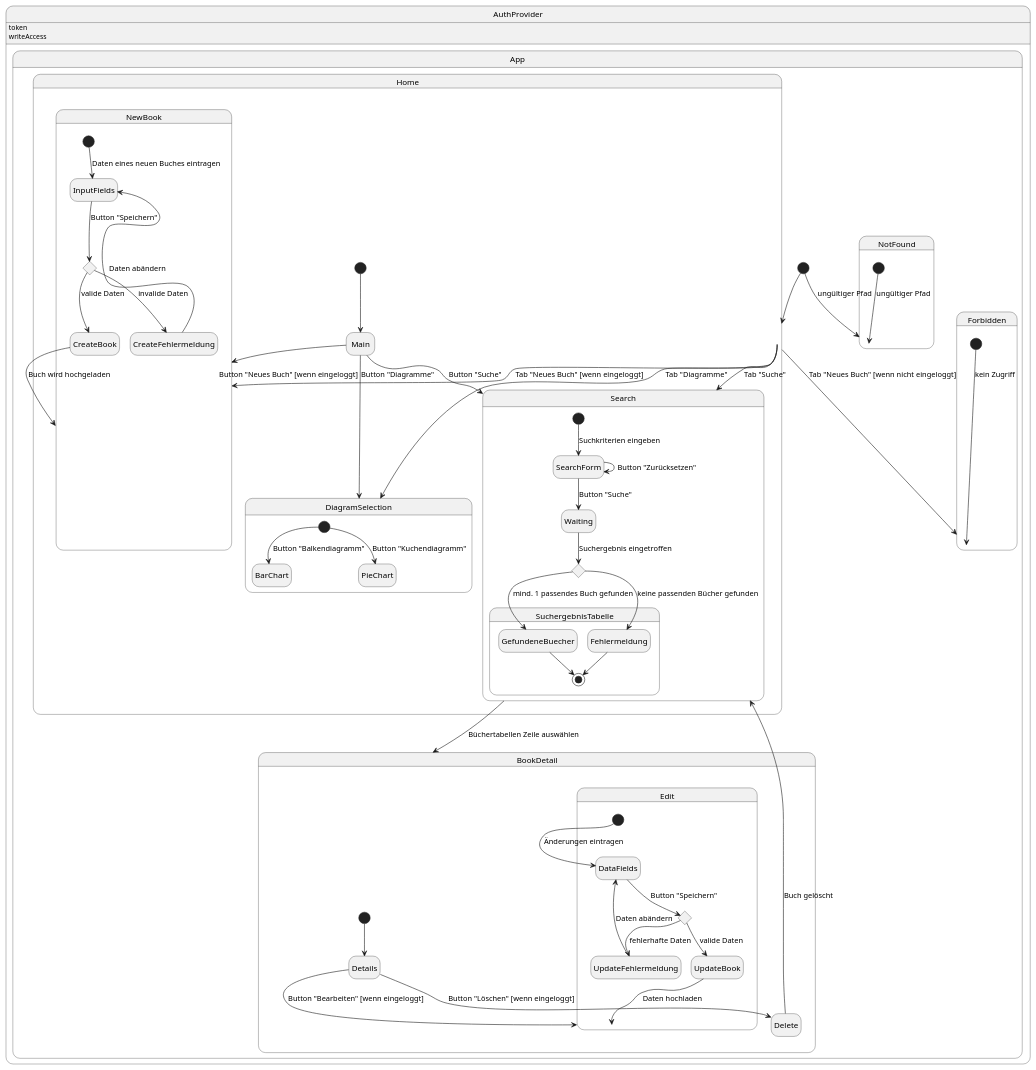
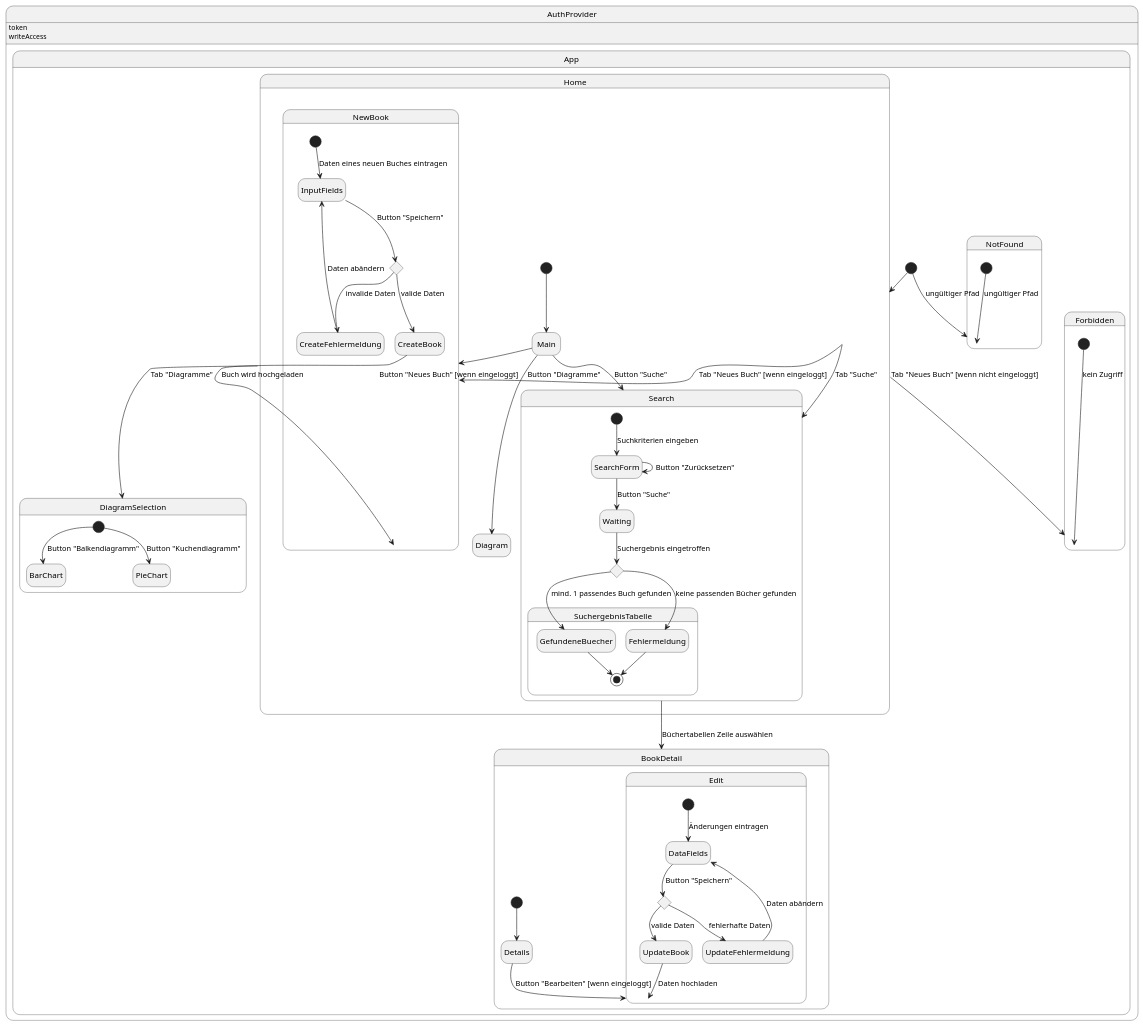
The diagram in .extras/doc/zustandsdiagramm.plantuml (marius-a-mueller/buchweb), drawn with PlantUML before and after one commit.

Commit message:
StateDiagram

```diff
--- a/.extras/doc/zustandsdiagramm.plantuml
+++ b/.extras/doc/zustandsdiagramm.plantuml
@@ -1,87 +1,85 @@
 @startuml Zustandsdiagramm
 ' Preview durch <Alt>d
 
 hide empty description
 
 state AuthProvider {
   AuthProvider : token
   AuthProvider : writeAccess
 
   state App {
     [*] --> Home
 
     state Home {
       [*] --> Main
       Main -down-> Search : Button "Suche"
       Main -down-> NewBook : Button "Neues Buch" [wenn eingeloggt]
-      Main -down-> DiagramSelection : Button "Diagramme"
+      Main -down-> Diagram : Button "Diagramme"
     }
 
     state Search {
       [*] --> SearchForm: Suchkriterien eingeben
       SearchForm --> Waiting: Button "Suche"
       SearchForm --> SearchForm: Button "Zurücksetzen"
 
       state SearchChoice <<choice>>
       Waiting --> SearchChoice: Suchergebnis eingetroffen
 
       state SuchergebnisTabelle {
         SearchChoice --> GefundeneBuecher: mind. 1 passendes Buch gefunden
         SearchChoice --> Fehlermeldung: keine passenden Bücher gefunden
         Fehlermeldung --> [*]
         GefundeneBuecher --> [*]
       }
     }
 
     Search --> BookDetail: Büchertabellen Zeile auswählen
 
     state BookDetail {
       [*] --> Details
       Details --> Edit: Button "Bearbeiten" [wenn eingeloggt]
-      Details --> Delete: Button "Löschen" [wenn eingeloggt]
-      Delete --> Search: Buch gelöscht
     }
 
     state Edit {
       [*] --> DataFields: Änderungen eintragen
       state UpdateChoice <<choice>>
       DataFields --> UpdateChoice: Button "Speichern"
       UpdateChoice --> UpdateBook: valide Daten
       UpdateChoice --> UpdateFehlermeldung: fehlerhafte Daten
       UpdateBook --> Edit: Daten hochladen
       UpdateFehlermeldung --> DataFields: Daten abändern
     }
 
     state NewBook {
       [*] --> InputFields: Daten eines neuen Buches eintragen
       state AddChoice <<choice>>
       InputFields --> AddChoice: Button "Speichern"
       AddChoice --> CreateBook: valide Daten
       AddChoice --> CreateFehlermeldung: invalide Daten
       CreateBook --> NewBook: Buch wird hochgeladen
       CreateFehlermeldung --> InputFields: Daten abändern
     }
 
     state DiagramSelection {
       [*] --> BarChart: Button "Balkendiagramm"
       [*] --> PieChart: Button "Kuchendiagramm"
     }
 
     state NotFound {
       [*] --> NotFound: ungültiger Pfad
     }
 
     state Forbidden {
       [*] --> Forbidden: kein Zugriff
     }
 
     Home -down-> Search: Tab "Suche"
     Home -down-> NewBook: Tab "Neues Buch" [wenn eingeloggt]
     Home -down-> DiagramSelection: Tab "Diagramme"
     Home -down-> Forbidden: Tab "Neues Buch" [wenn nicht eingeloggt]
 
     [*] --> NotFound: ungültiger Pfad
   }
 }
 
 @enduml
```
